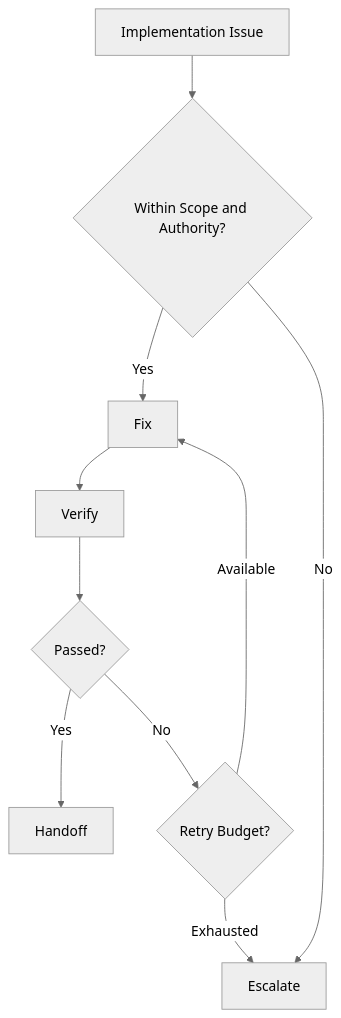
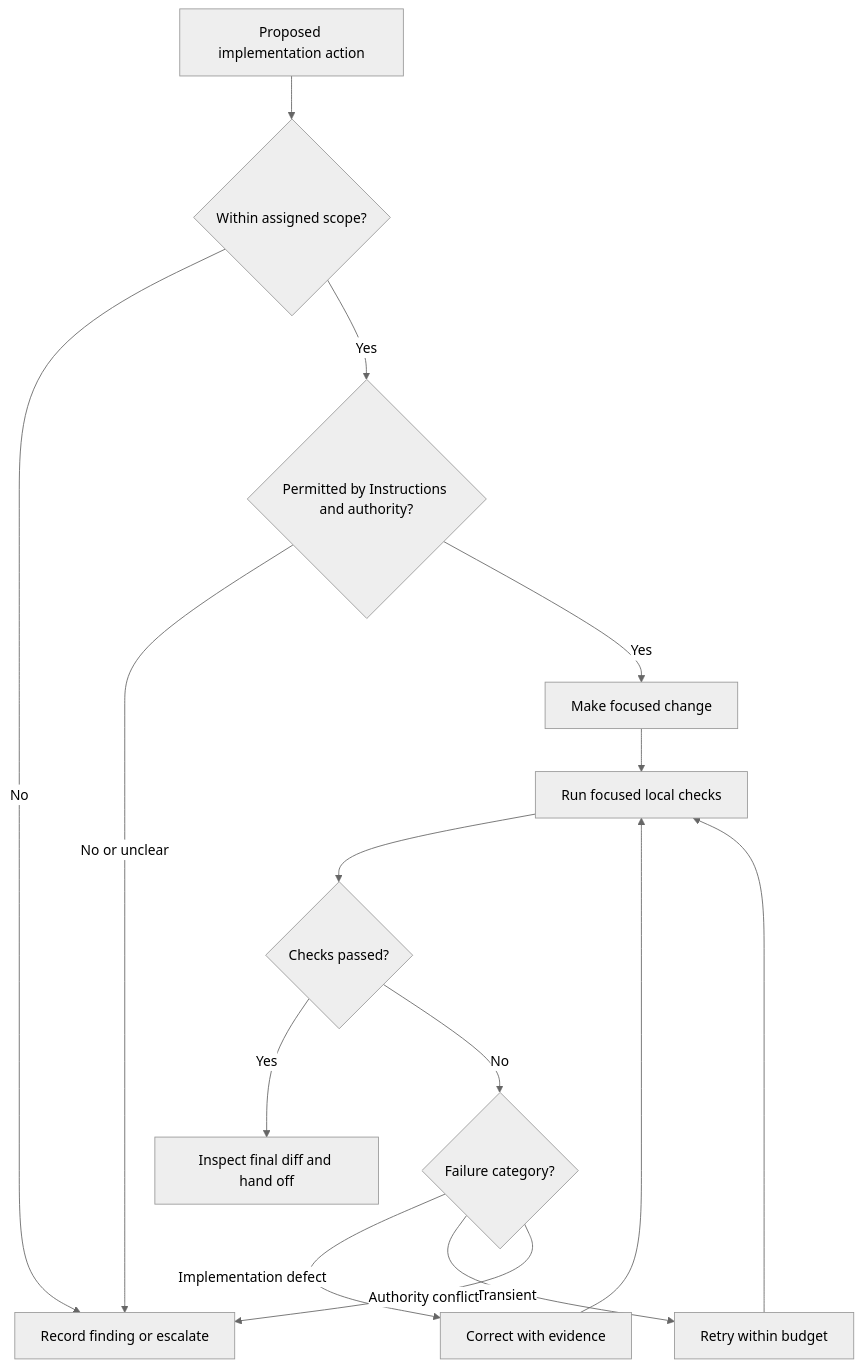
One commit to sheikh-zeeshan/Enterprise-AI-Engineering-Handbook changed the second of 4 diagrams in book/15-developer-agent.md. Above: the diagram before and after it, drawn with Mermaid (neutral theme). The commit also changed other lines of this file and 49 other files, not shown here.

````diff
--- a/book/15-developer-agent.md
+++ b/book/15-developer-agent.md
@@ -693,17 +588,17 @@
 ```mermaid
 flowchart TD
-    X[Implementation Issue]
-      --> Q{Within Scope and Authority?}
-
-    Q -->|Yes| F[Fix]
-    Q -->|No| E[Escalate]
-
-    F --> V[Verify]
-    V --> P{Passed?}
-
-    P -->|Yes| H[Handoff]
-    P -->|No| R{Retry Budget?}
-
-    R -->|Available| F
-    R -->|Exhausted| E
+    Q[Proposed implementation action] --> S{Within assigned scope?}
+    S -->|No| E[Record finding or escalate]
+    S -->|Yes| I{Permitted by Instructions and authority?}
+    I -->|No or unclear| E
+    I -->|Yes| M[Make focused change]
+    M --> T[Run focused local checks]
+    T --> P{Checks passed?}
+    P -->|Yes| H[Inspect final diff and hand off]
+    P -->|No| C{Failure category?}
+    C -->|Implementation defect| F[Correct with evidence]
+    C -->|Transient| R[Retry within budget]
+    C -->|Authority conflict| E
+    F --> T
+    R --> T
 ```
````
